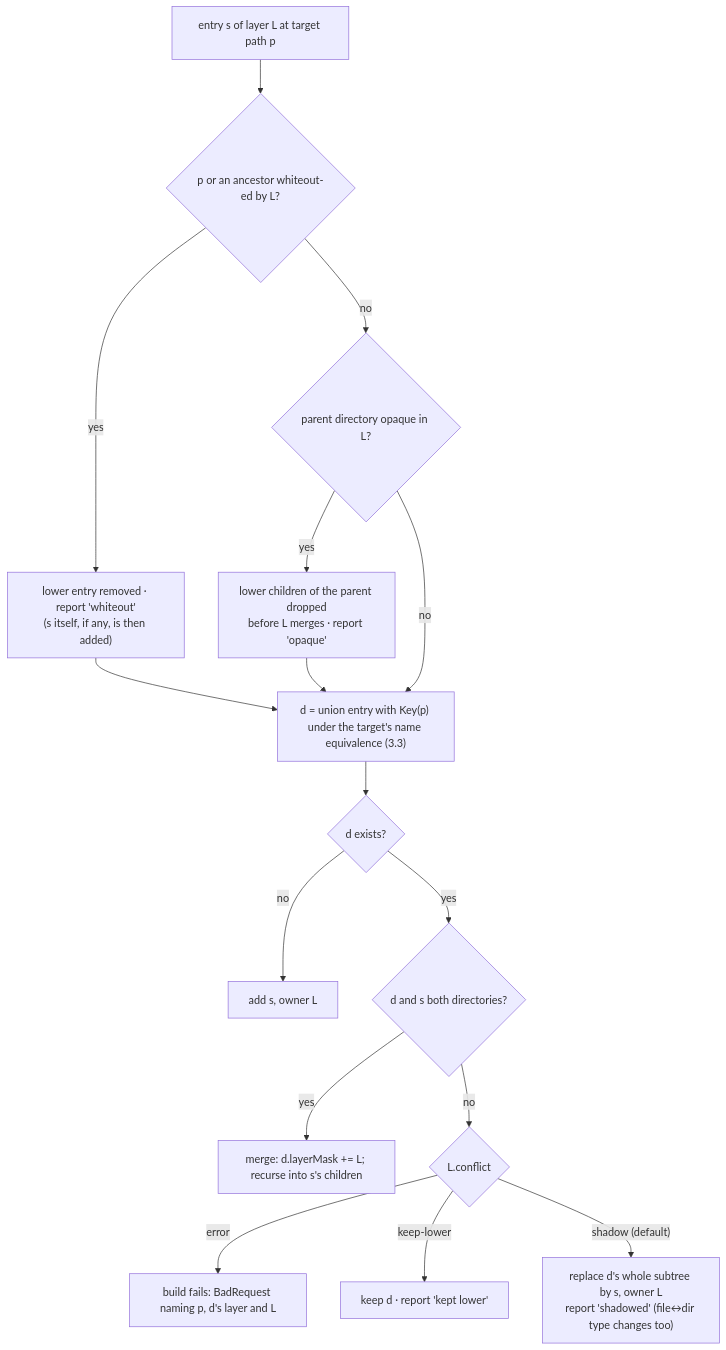
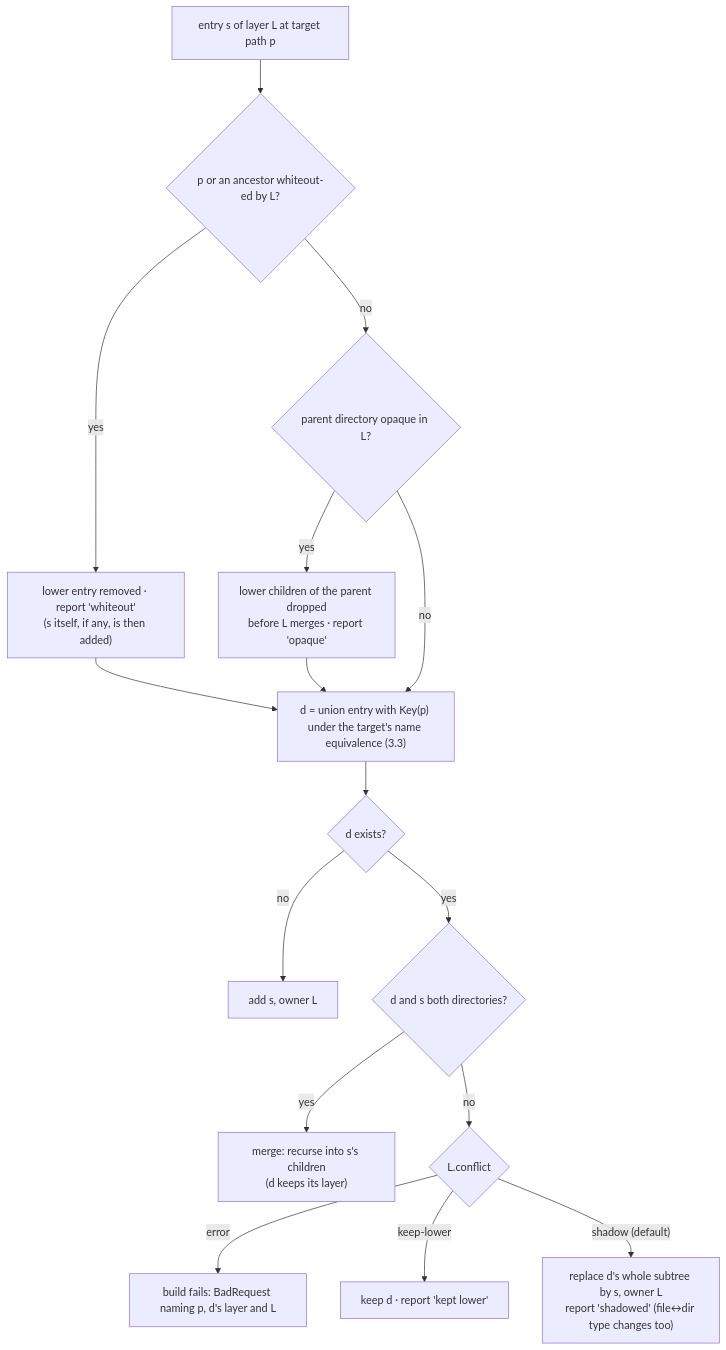
One commit to alfishe/unreal-ng changed the second of 5 diagrams in docs/inprogress/2026-10-05-media-multisource/tdd.md. Above: the diagram before and after it, drawn with Mermaid. The commit also changed other lines of this file and 57 other files, not shown here.

````diff
--- a/docs/inprogress/2026-10-05-media-multisource/tdd.md
+++ b/docs/inprogress/2026-10-05-media-multisource/tdd.md
@@ -300,18 +390,18 @@
 ```mermaid
 flowchart TD
     A["entry s of layer L at target path p"] --> W{"p or an ancestor whiteout-ed by L?"}
     W -->|"yes"| W1["lower entry removed · report 'whiteout'<br/>(s itself, if any, is then added)"]
     W -->|"no"| O{"parent directory opaque in L?"}
     O -->|"yes"| O1["lower children of the parent dropped<br/>before L merges · report 'opaque'"]
     O -->|"no"| K
     W1 --> K
     O1 --> K
     K["d = union entry with Key(p) under the target's name equivalence (3.3)"] --> E{"d exists?"}
     E -->|"no"| ADD["add s, owner L"]
     E -->|"yes"| DD{"d and s both directories?"}
-    DD -->|"yes"| MERGE["merge: d.layerMask += L; recurse into s's children"]
+    DD -->|"yes"| MERGE["merge: recurse into s's children<br/>(d keeps its layer)"]
     DD -->|"no"| CP{"L.conflict"}
     CP -->|"error"| FAIL["build fails: BadRequest naming p, d's layer and L"]
     CP -->|"keep-lower"| KEEP["keep d · report 'kept lower'"]
     CP -->|"shadow (default)"| SH["replace d's whole subtree by s, owner L<br/>report 'shadowed' (file↔dir type changes too)"]
 ```
````
